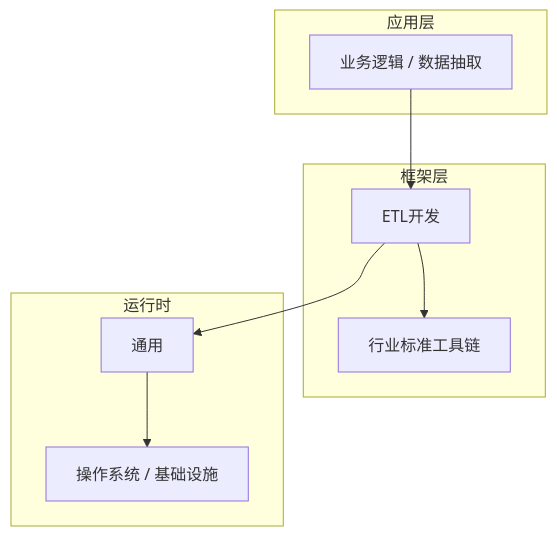
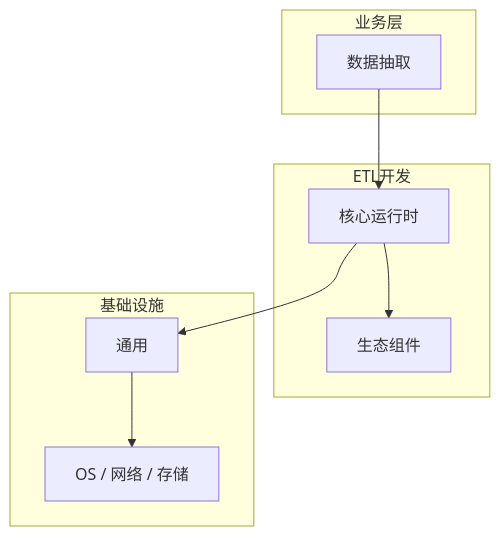
The diagram in articles/ETL开发/chapters/006-数据抽取核心概念与原理.md (yanggan2015/knowledge-json-v2), drawn with Mermaid before and after one commit. The commit also changed other lines of this file and 10127 other files, not shown here.

````diff
--- a/articles/ETL开发/chapters/006-数据抽取核心概念与原理.md
+++ b/articles/ETL开发/chapters/006-数据抽取核心概念与原理.md
@@ -45,18 +34,18 @@
 ```mermaid
 graph TB
-    subgraph 应用层
-        A[业务逻辑 / 数据抽取]
+    subgraph 业务层
+        A[数据抽取]
     end
-    subgraph 框架层
-        B[ETL开发]
-        C[行业标准工具链]
+    subgraph ETL开发
+        B[核心运行时]
+        C[生态组件]
     end
-    subgraph 运行时
+    subgraph 基础设施
         D[通用]
-        E[操作系统 / 基础设施]
+        E[OS / 网络 / 存储]
     end
     A --> B
     B --> C
     B --> D
     D --> E
 ```
````
